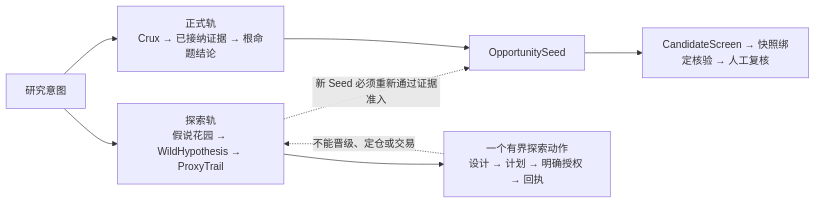
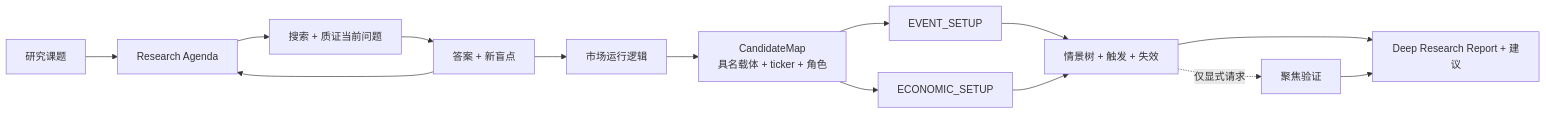
One commit to Thhoho/trade-nothing changed the diagram in README_zh.md. Above: the diagram before and after it, drawn with Mermaid. The commit also changed other lines of this file and 70 other files, not shown here.

````diff
--- a/README_zh.md
+++ b/README_zh.md
@@ -31,10 +36,16 @@
 ```mermaid
 flowchart LR
-    A["研究意图"] --> B["探索轨<br/>假说花园 → WildHypothesis → ProxyTrail"]
-    A --> C["正式轨<br/>Crux → 已接纳证据 → 根命题结论"]
-    B -. "新 Seed 必须重新通过证据准入" .-> D["OpportunitySeed"]
-    C --> D
-    D --> E["CandidateScreen → 快照绑定核验 → 人工复核"]
-    B --> F["一个有界探索动作<br/>设计 → 计划 → 明确授权 → 回执"]
-    F -. "不能晋级、定仓或交易" .-> B
+    A["研究课题"] --> B["Research Agenda"]
+    B --> C["搜索 + 质证当前问题"]
+    C --> X["答案 + 新盲点"]
+    X --> B
+    X --> M["市场运行逻辑"]
+    M --> D["CandidateMap<br/>具名载体 + ticker + 角色"]
+    D --> E["EVENT_SETUP"]
+    D --> F["ECONOMIC_SETUP"]
+    E --> G["情景树 + 触发 + 失效"]
+    F --> G
+    G -. "仅显式请求" .-> H["聚焦验证"]
+    G --> I["Deep Research Report + 建议"]
+    H --> I
 ```
````
